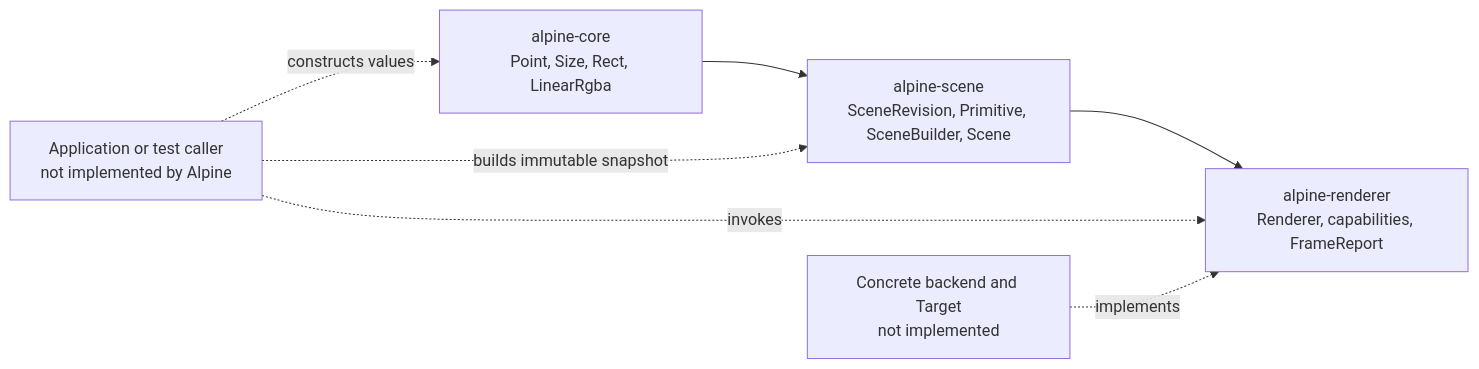
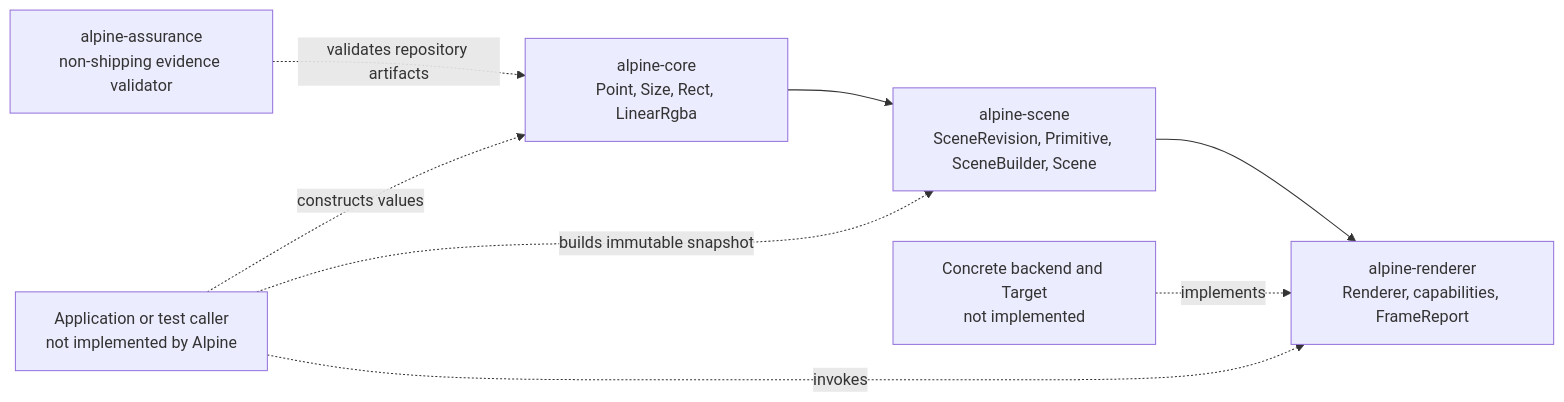
Before and after one commit to dbuddha/alpine-gpui: the first of 7 diagrams in ARCHITECTURE.md, drawn with Mermaid. The commit also changed other lines of this file and 68 other files, not shown here.

First line of the commit message:
feat(assurance): trace requirements through formal evidence

````diff
--- a/ARCHITECTURE.md
+++ b/ARCHITECTURE.md
@@ -12,14 +14,16 @@
 ```mermaid
 flowchart LR
     caller["Application or test caller<br/>not implemented by Alpine"]
     core["alpine-core<br/>Point, Size, Rect, LinearRgba"]
     scene["alpine-scene<br/>SceneRevision, Primitive, SceneBuilder, Scene"]
     renderer["alpine-renderer<br/>Renderer, capabilities, FrameReport"]
     backend["Concrete backend and Target<br/>not implemented"]
+    assurance["alpine-assurance<br/>non-shipping evidence validator"]
 
     core --> scene --> renderer
     caller -. "constructs values" .-> core
     caller -. "builds immutable snapshot" .-> scene
     caller -. "invokes" .-> renderer
     backend -. "implements" .-> renderer
+    assurance -. "validates repository artifacts" .-> core
 ```
````
